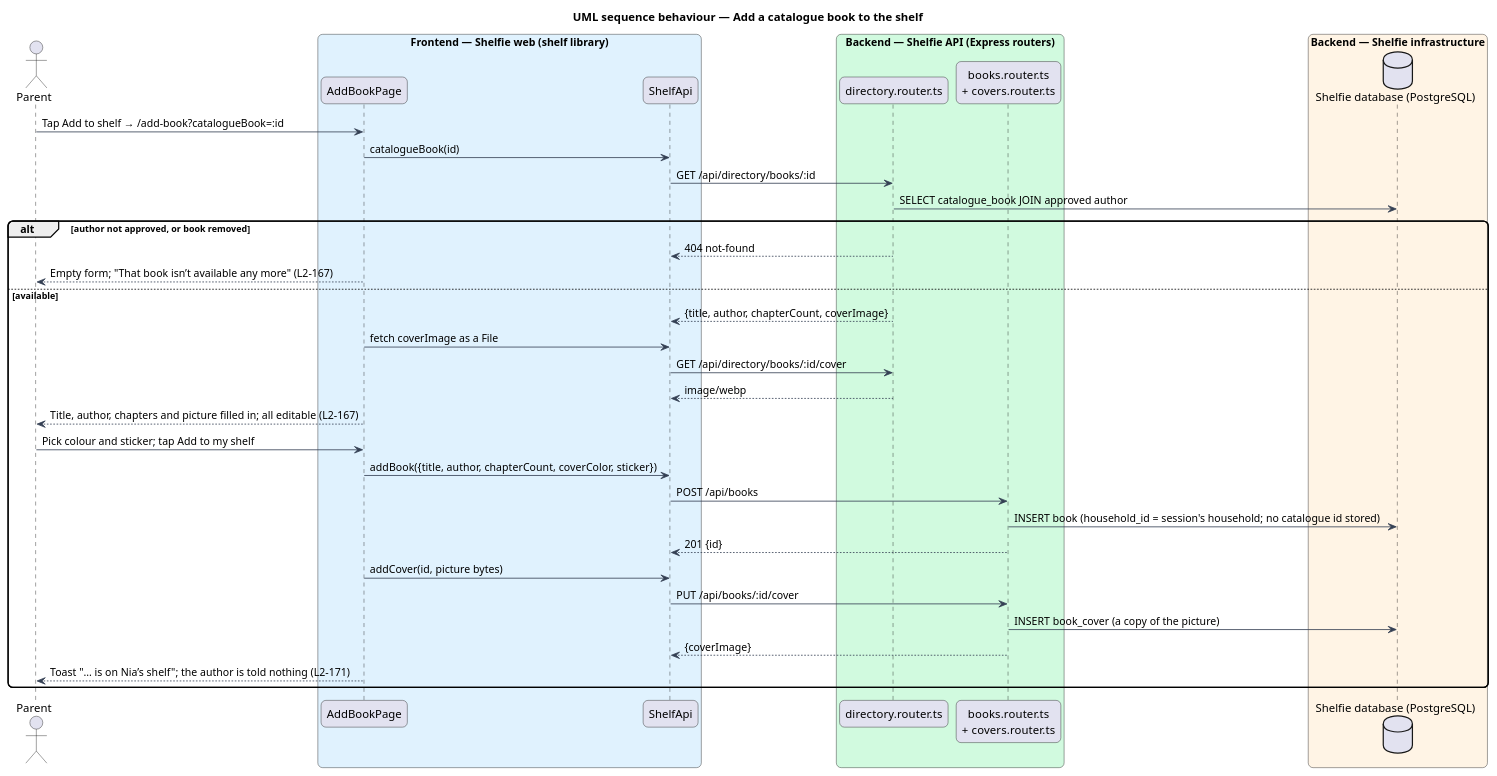
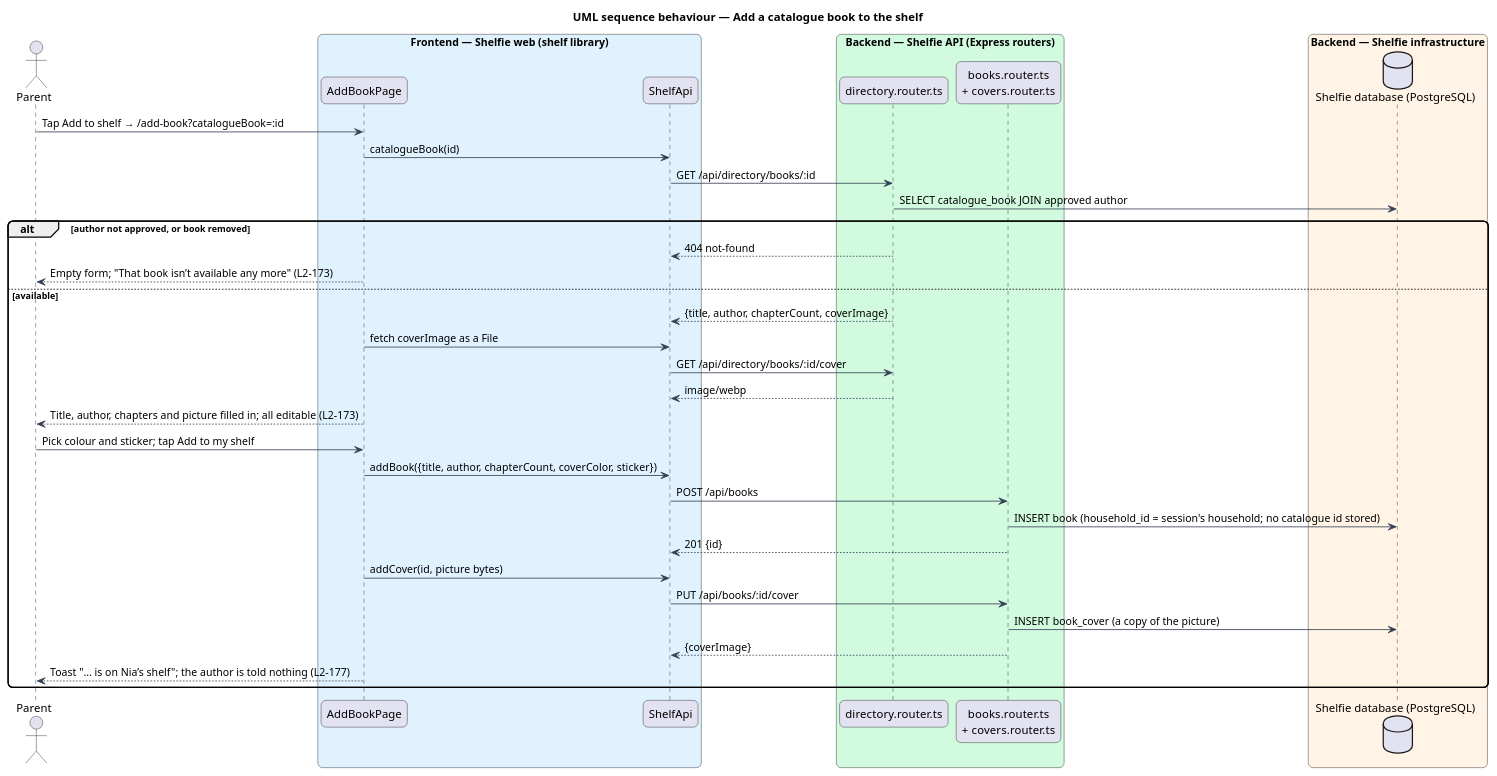
Before and after one commit to QuinntyneBrown/shelfie: the diagram in docs/detailed-designs/directory/browse-directory/diagrams/sequence-add-to-shelf.puml, drawn with PlantUML. The commit also changed 125 other files, not shown here.

```diff
--- a/docs/detailed-designs/directory/browse-directory/diagrams/sequence-add-to-shelf.puml
+++ b/docs/detailed-designs/directory/browse-directory/diagrams/sequence-add-to-shelf.puml
@@ -1,45 +1,45 @@
 @startuml
 title UML sequence behaviour — Add a catalogue book to the shelf
 skinparam backgroundColor #FFFFFF
 skinparam shadowing false
 skinparam roundcorner 12
 skinparam defaultFontName Arial
 skinparam ArrowColor #344054
 actor "Parent" as parent
 box "Frontend — Shelfie web (shelf library)" #E0F2FE
   participant "AddBookPage" as page
   participant "ShelfApi" as client
 end box
 box "Backend — Shelfie API (Express routers)" #D1FADF
   participant "directory.router.ts" as directory
   participant "books.router.ts\n+ covers.router.ts" as books
 end box
 box "Backend — Shelfie infrastructure" #FFF4E5
   database "Shelfie database (PostgreSQL)" as db
 end box
 
 parent -> page : Tap Add to shelf → /add-book?catalogueBook=:id
 page -> client : catalogueBook(id)
 client -> directory : GET /api/directory/books/:id
 directory -> db : SELECT catalogue_book JOIN approved author
 alt author not approved, or book removed
   directory --> client : 404 not-found
-  page --> parent : Empty form; "That book isn’t available any more" (L2-167)
+  page --> parent : Empty form; "That book isn’t available any more" (L2-173)
 else available
   directory --> client : {title, author, chapterCount, coverImage}
   page -> client : fetch coverImage as a File
   client -> directory : GET /api/directory/books/:id/cover
   directory --> client : image/webp
-  page --> parent : Title, author, chapters and picture filled in; all editable (L2-167)
+  page --> parent : Title, author, chapters and picture filled in; all editable (L2-173)
   parent -> page : Pick colour and sticker; tap Add to my shelf
   page -> client : addBook({title, author, chapterCount, coverColor, sticker})
   client -> books : POST /api/books
   books -> db : INSERT book (household_id = session's household; no catalogue id stored)
   books --> client : 201 {id}
   page -> client : addCover(id, picture bytes)
   client -> books : PUT /api/books/:id/cover
   books -> db : INSERT book_cover (a copy of the picture)
   books --> client : {coverImage}
-  page --> parent : Toast "… is on Nia’s shelf"; the author is told nothing (L2-171)
+  page --> parent : Toast "… is on Nia’s shelf"; the author is told nothing (L2-177)
 end
 @enduml
```
